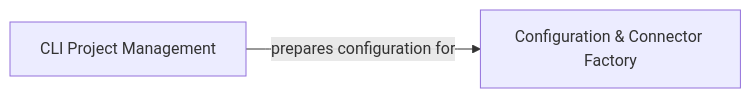
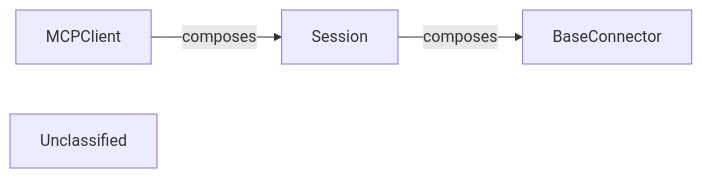
Before and after one commit to mcp-use/mcp-use: the fifth of 8 diagrams in docs/development/architecture.mdx, drawn with Mermaid. The commit also changed other lines of this file and 29 other files, not shown here.

First line of the commit message:
docs: update codeboarding documentation and generate architecture

````diff
--- a/docs/development/architecture.mdx
+++ b/docs/development/architecture.mdx
@@ -330,6 +344,9 @@
 ```mermaid
 graph LR
-    CLI_Project_Management["CLI Project Management"]
-    Configuration_Connector_Factory["Configuration & Connector Factory"]
-    CLI_Project_Management -- "prepares configuration for" --> Configuration_Connector_Factory
+    MCPClient["MCPClient"]
+    Session["Session"]
+    BaseConnector["BaseConnector"]
+    Unclassified["Unclassified"]
+    MCPClient -- "composes" --> Session
+    Session -- "composes" --> BaseConnector
 ```
````
